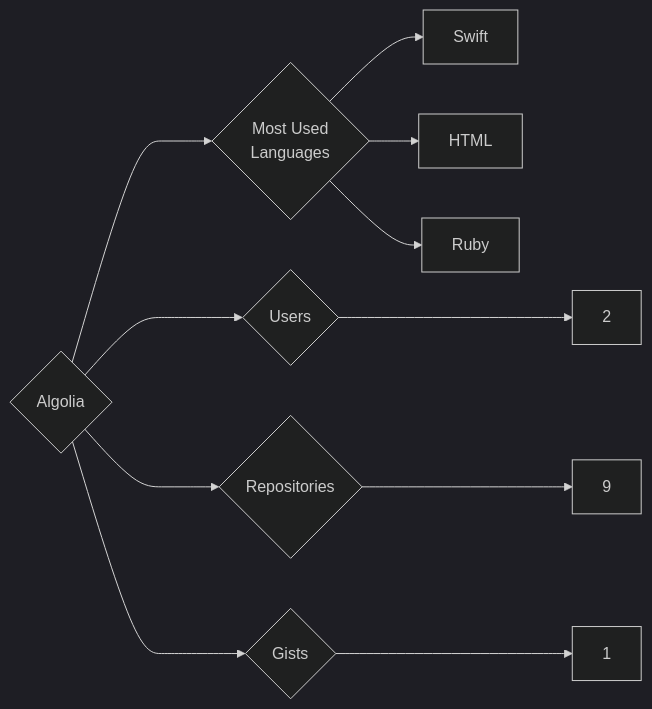
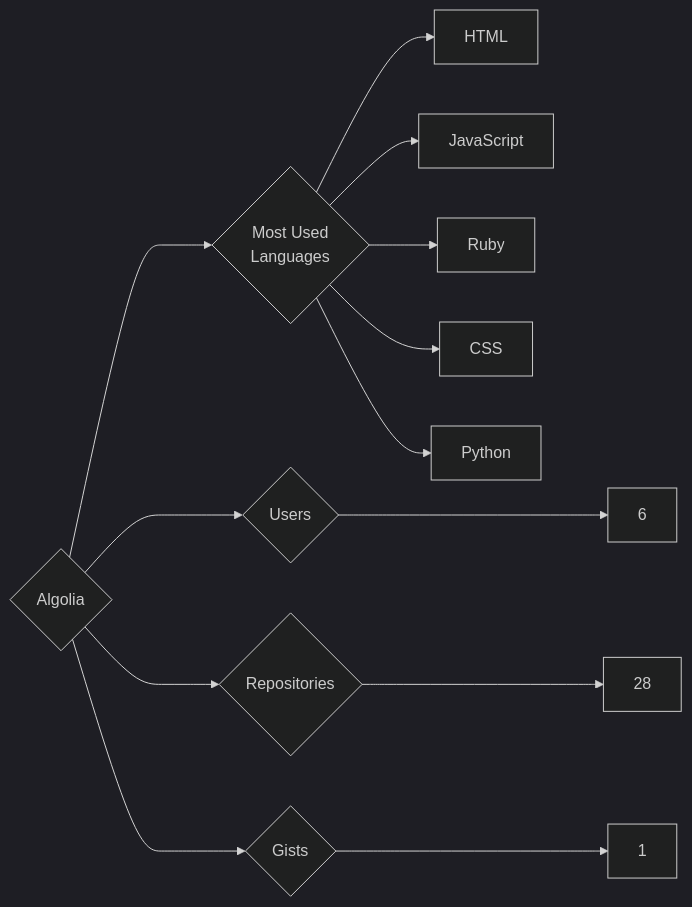
Before and after one commit to trickest/insiders: the diagram in targets/Algolia/README.md, drawn with Mermaid (dark theme). The commit also changed 783 other files, not shown here.

````diff
--- a/targets/Algolia/README.md
+++ b/targets/Algolia/README.md
@@ -3,11 +3,13 @@
 ```mermaid
 graph LR
 COMPANY_NAME{Algolia}
-COMPANY_NAME ---> U{Users} ---> UN[2]
-COMPANY_NAME ---> R{Repositories} ---> RN[9]
+COMPANY_NAME ---> U{Users} ---> UN[6]
+COMPANY_NAME ---> R{Repositories} ---> RN[28]
 COMPANY_NAME ---> G{Gists} ---> GN[1]
 COMPANY_NAME ---> ML{Most Used<br>Languages}
-ML --> Swift[Swift]
 ML --> HTML[HTML]
+ML --> JavaScript[JavaScript]
 ML --> Ruby[Ruby]
+ML --> CSS[CSS]
+ML --> Python[Python]
 ```
````
